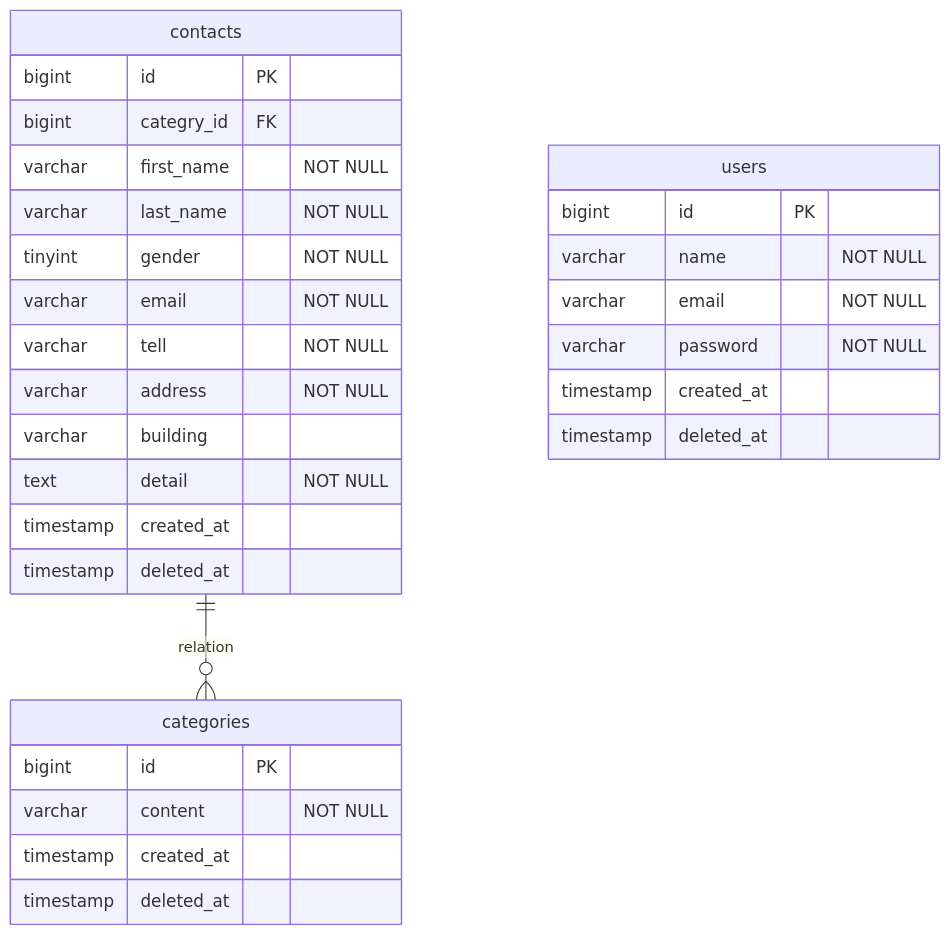
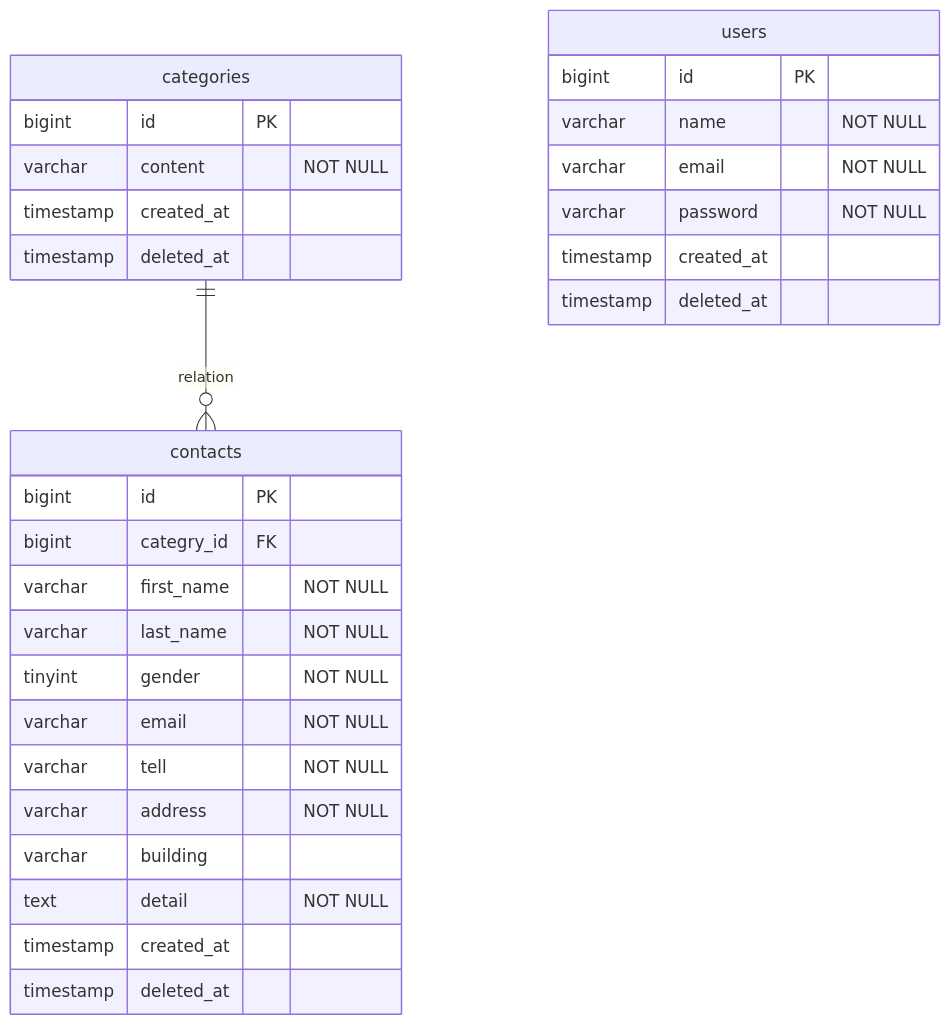
The diagram in README.md (yukit4mu/test_contact-form), drawn with Mermaid before and after one commit.

````diff
--- a/README.md
+++ b/README.md
@@ -28,36 +28,36 @@
 ```mermaid
 erDiagram
 
-  contacts ||--o{ categories: "relation"
+  categories ||--o{ contacts: "relation"
 
   contacts {
     bigint id PK
     bigint categry_id FK
     varchar first_name "NOT NULL"
     varchar last_name "NOT NULL"
     tinyint gender "NOT NULL"
     varchar email "NOT NULL"
     varchar tell "NOT NULL"
     varchar address "NOT NULL"
     varchar building
     text detail "NOT NULL"
     timestamp created_at
     timestamp deleted_at
   }
 
    categories{
     bigint id PK
     varchar content "NOT NULL"
     timestamp created_at
     timestamp deleted_at
   }
 
   users {
     bigint id PK
     varchar name "NOT NULL"
     varchar email "NOT NULL"
     varchar password "NOT NULL"
     timestamp created_at
     timestamp deleted_at
   }
 ```
````
